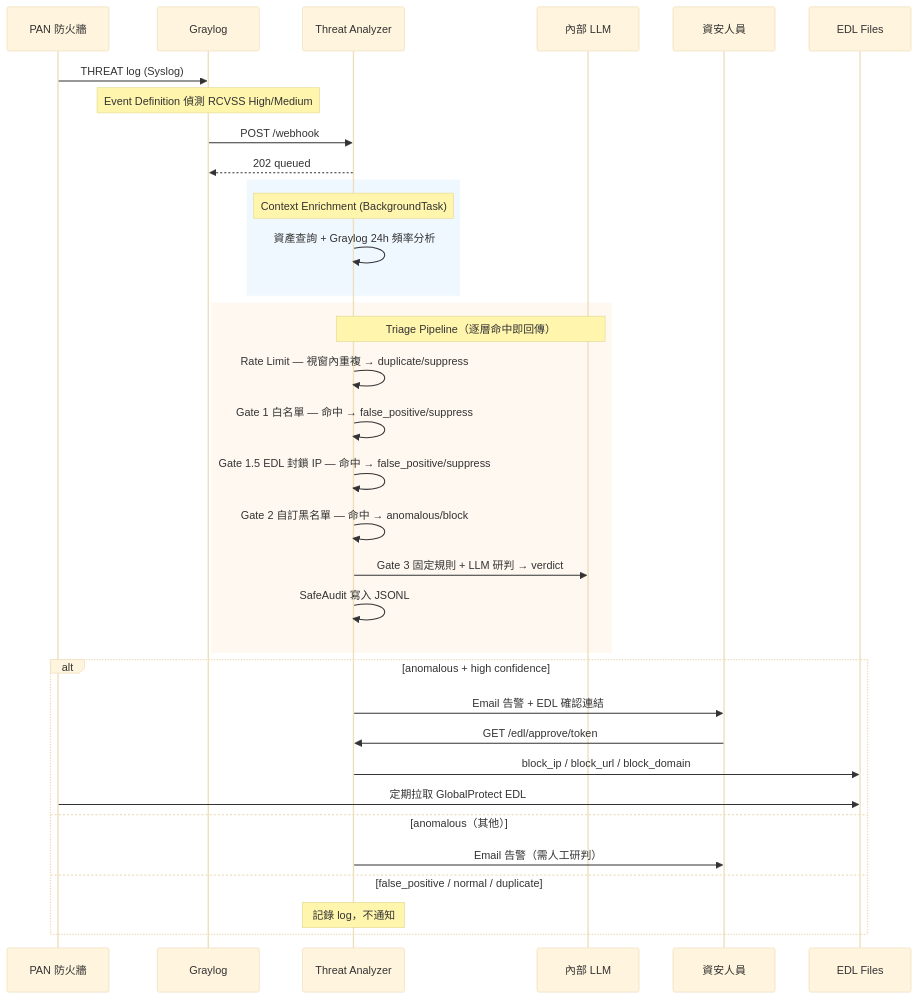
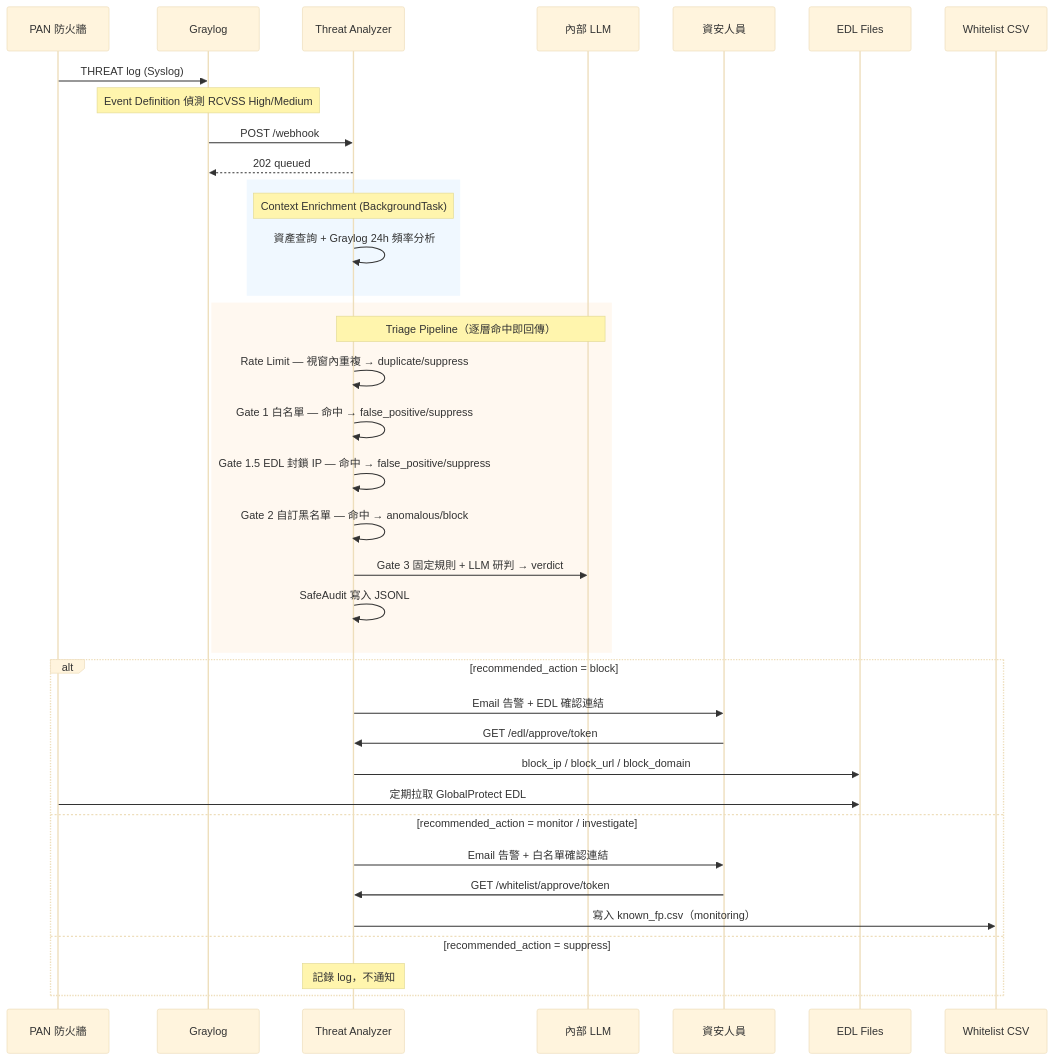
The diagram in README.md (subineru/graylog-threat-analyzer), drawn with Mermaid (base theme) before and after one commit. The commit also changed other lines of this file and 6 other files, not shown here.

First line of the commit message:
refactor: recommended_action 驅動路由 + 白名單 Email 核准流程

````diff
--- a/README.md
+++ b/README.md
@@ -23,40 +23,43 @@
 ```mermaid
 sequenceDiagram
     participant PA as PAN 防火牆
     participant GL as Graylog
     participant TA as Threat Analyzer
     participant LLM as 內部 LLM
     participant Analyst as 資安人員
     participant EDL as EDL Files
+    participant WL as Whitelist CSV
 
     PA->>GL: THREAT log (Syslog)
     Note over GL: Event Definition 偵測 RCVSS High/Medium
     GL->>TA: POST /webhook
     TA-->>GL: 202 queued
 
     rect rgb(240, 248, 255)
         Note over TA: Context Enrichment (BackgroundTask)
         TA->>TA: 資產查詢 + Graylog 24h 頻率分析
     end
 
     rect rgb(255, 248, 240)
         Note over TA,LLM: Triage Pipeline（逐層命中即回傳）
         TA->>TA: Rate Limit — 視窗內重複 → duplicate/suppress
         TA->>TA: Gate 1 白名單 — 命中 → false_positive/suppress
         TA->>TA: Gate 1.5 EDL 封鎖 IP — 命中 → false_positive/suppress
         TA->>TA: Gate 2 自訂黑名單 — 命中 → anomalous/block
         TA->>LLM: Gate 3 固定規則 + LLM 研判 → verdict
         TA->>TA: SafeAudit 寫入 JSONL
     end
 
-    alt anomalous + high confidence
+    alt recommended_action = block
         TA->>Analyst: Email 告警 + EDL 確認連結
         Analyst->>TA: GET /edl/approve/token
         TA->>EDL: block_ip / block_url / block_domain
         PA->>EDL: 定期拉取 GlobalProtect EDL
-    else anomalous（其他）
-        TA->>Analyst: Email 告警（需人工研判）
-    else false_positive / normal / duplicate
+    else recommended_action = monitor / investigate
+        TA->>Analyst: Email 告警 + 白名單確認連結
+        Analyst->>TA: GET /whitelist/approve/token
+        TA->>WL: 寫入 known_fp.csv（monitoring）
+    else recommended_action = suppress
         Note over TA: 記錄 log，不通知
     end
 ```
````
